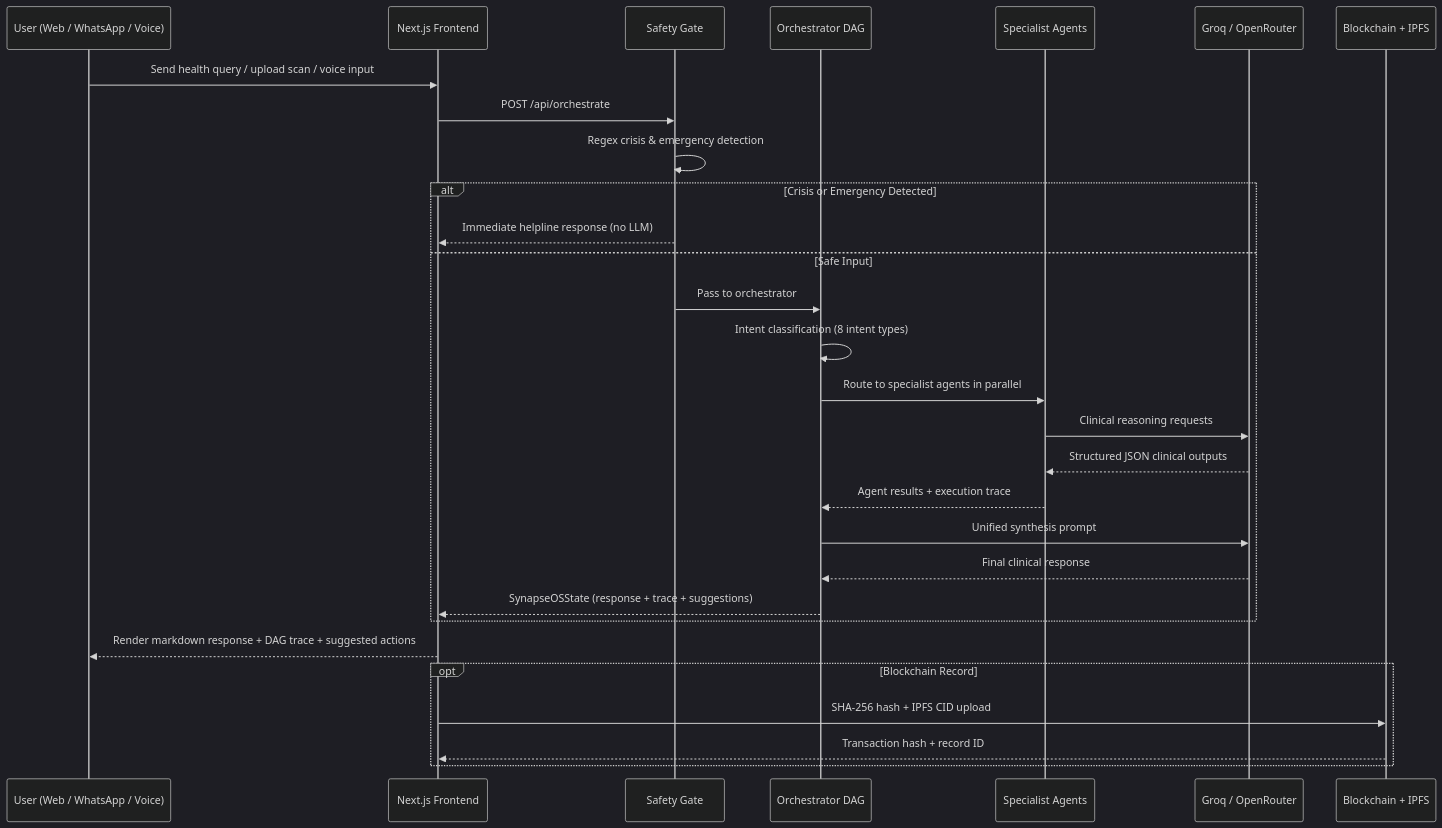
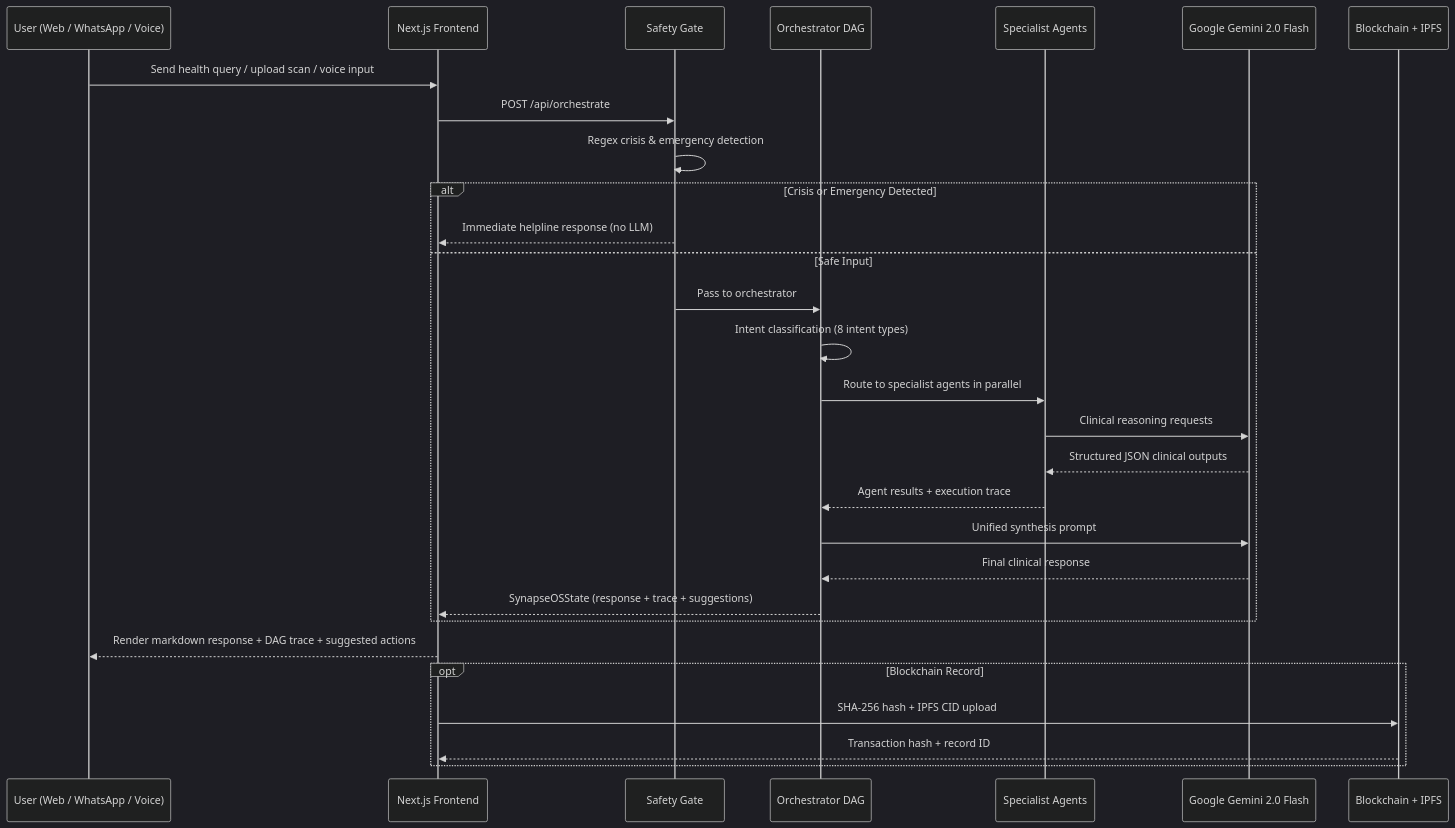
Before and after one commit to Rachit-Tiwari-7/SYNAPSE-OS: the eighth of 9 diagrams in README.md, drawn with Mermaid (dark theme). The commit also changed other lines of this file and 15 other files, not shown here.

Commit message:
docs & architecture: standardize on Google Gemini 2.0 Flash and elevate municipal immune system

````diff
--- a/README.md
+++ b/README.md
@@ -698,33 +724,33 @@
 ```mermaid
 sequenceDiagram
     participant U as User (Web / WhatsApp / Voice)
     participant FE as Next.js Frontend
     participant GATE as Safety Gate
     participant ORCH as Orchestrator DAG
     participant AGENTS as Specialist Agents
-    participant LLM as Groq / OpenRouter
+    participant LLM as Google Gemini 2.0 Flash
     participant CHAIN as Blockchain + IPFS
 
     U->>FE: Send health query / upload scan / voice input
     FE->>GATE: POST /api/orchestrate
     GATE->>GATE: Regex crisis & emergency detection
     alt Crisis or Emergency Detected
         GATE-->>FE: Immediate helpline response (no LLM)
     else Safe Input
         GATE->>ORCH: Pass to orchestrator
         ORCH->>ORCH: Intent classification (8 intent types)
         ORCH->>AGENTS: Route to specialist agents in parallel
         AGENTS->>LLM: Clinical reasoning requests
         LLM-->>AGENTS: Structured JSON clinical outputs
         AGENTS-->>ORCH: Agent results + execution trace
         ORCH->>LLM: Unified synthesis prompt
         LLM-->>ORCH: Final clinical response
         ORCH-->>FE: SynapseOSState (response + trace + suggestions)
     end
     FE-->>U: Render markdown response + DAG trace + suggested actions
 
     opt Blockchain Record
         FE->>CHAIN: SHA-256 hash + IPFS CID upload
         CHAIN-->>FE: Transaction hash + record ID
     end
 ```
````
